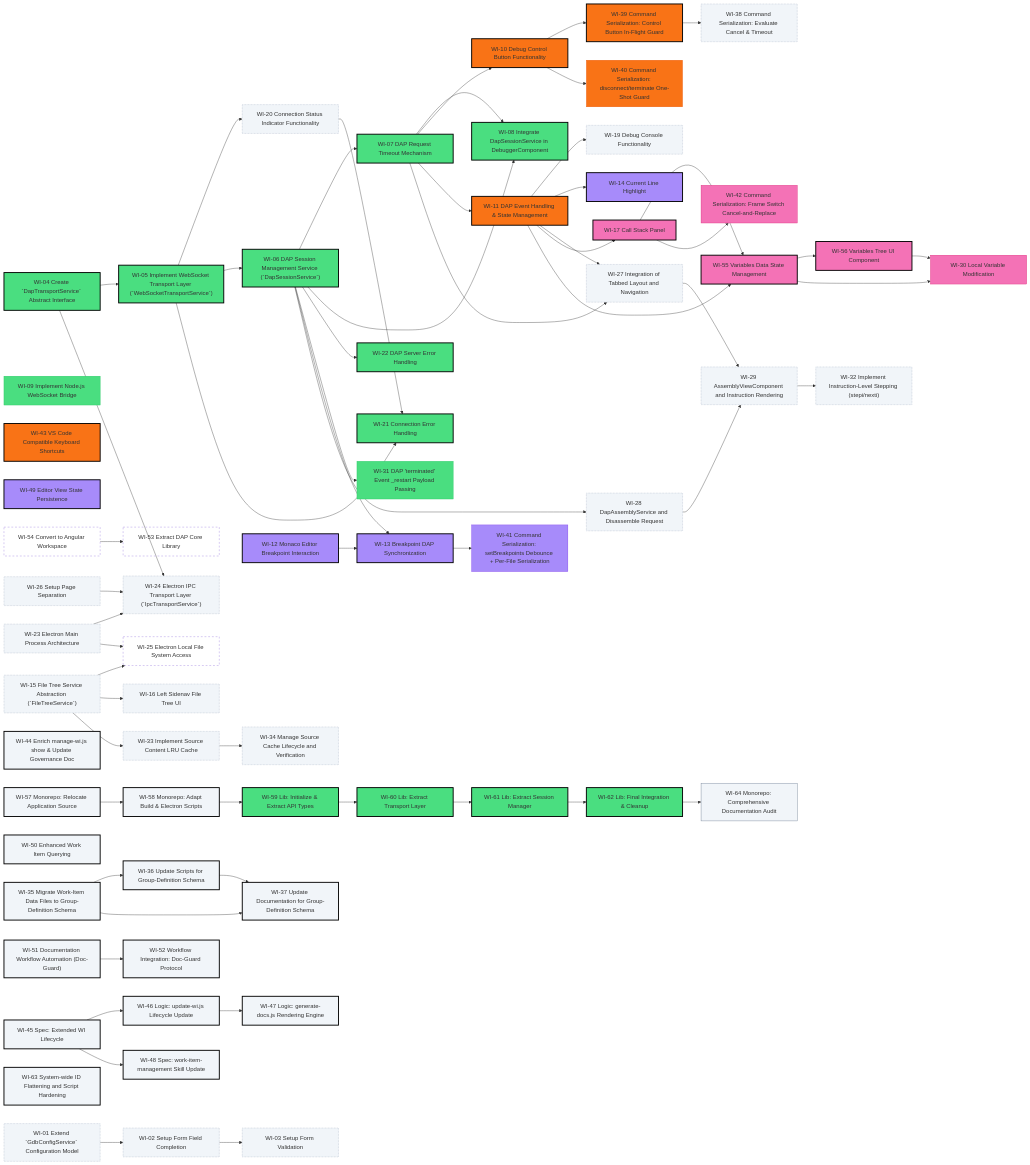
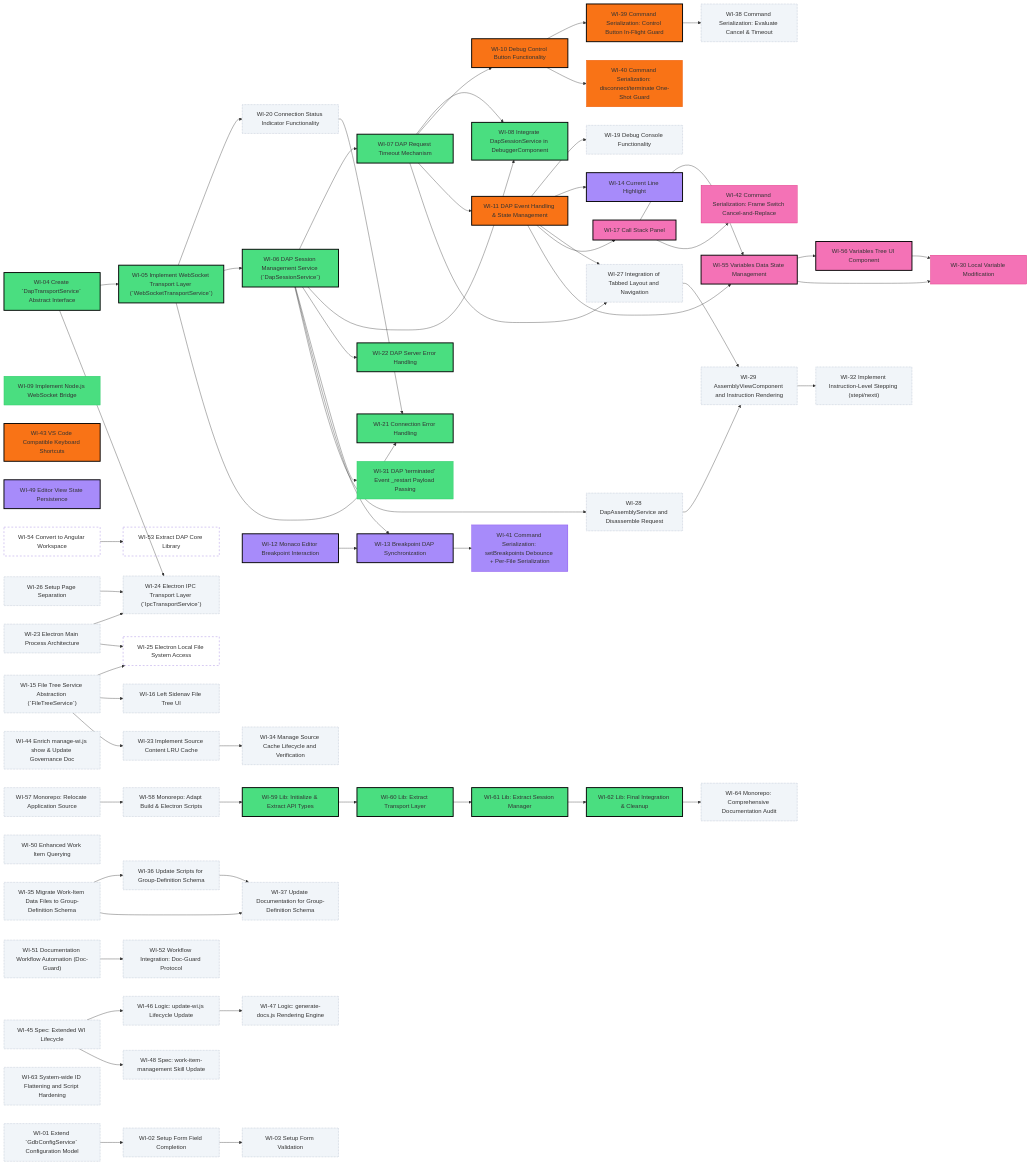
One commit to tangpo387-arch/taro-debugger changed the diagram in docs/project-roadmap.md. Above: the diagram before and after it, drawn with Mermaid. The commit also changed other lines of this file and 15 other files, not shown here.

Commit message:
Complete documentation audit by updating architecture specs, standardizing agent skill frontmatter, and improving doc-guard validation logic.

```diff
--- a/docs/project-roadmap.md
+++ b/docs/project-roadmap.md
@@ -165,22 +165,22 @@
     style WI_16 fill:#f1f5f9,stroke:#94a3b8,stroke-width:1px,stroke-dasharray:2
     style WI_33 fill:#f1f5f9,stroke:#94a3b8,stroke-width:1px,stroke-dasharray:2
     style WI_34 fill:#f1f5f9,stroke:#94a3b8,stroke-width:1px,stroke-dasharray:2
-    style WI_35 fill:#f1f5f9,stroke:#000,stroke-width:2.5px
-    style WI_36 fill:#f1f5f9,stroke:#000,stroke-width:2.5px
-    style WI_37 fill:#f1f5f9,stroke:#000,stroke-width:2.5px
-    style WI_44 fill:#f1f5f9,stroke:#000,stroke-width:2.5px
-    style WI_45 fill:#f1f5f9,stroke:#000,stroke-width:2.5px
-    style WI_46 fill:#f1f5f9,stroke:#000,stroke-width:2.5px
-    style WI_47 fill:#f1f5f9,stroke:#000,stroke-width:2.5px
-    style WI_48 fill:#f1f5f9,stroke:#000,stroke-width:2.5px
-    style WI_50 fill:#f1f5f9,stroke:#000,stroke-width:2.5px
-    style WI_51 fill:#f1f5f9,stroke:#000,stroke-width:2.5px
-    style WI_52 fill:#f1f5f9,stroke:#000,stroke-width:2.5px
+    style WI_35 fill:#f1f5f9,stroke:#94a3b8,stroke-width:1px,stroke-dasharray:2
+    style WI_36 fill:#f1f5f9,stroke:#94a3b8,stroke-width:1px,stroke-dasharray:2
+    style WI_37 fill:#f1f5f9,stroke:#94a3b8,stroke-width:1px,stroke-dasharray:2
+    style WI_44 fill:#f1f5f9,stroke:#94a3b8,stroke-width:1px,stroke-dasharray:2
+    style WI_45 fill:#f1f5f9,stroke:#94a3b8,stroke-width:1px,stroke-dasharray:2
+    style WI_46 fill:#f1f5f9,stroke:#94a3b8,stroke-width:1px,stroke-dasharray:2
+    style WI_47 fill:#f1f5f9,stroke:#94a3b8,stroke-width:1px,stroke-dasharray:2
+    style WI_48 fill:#f1f5f9,stroke:#94a3b8,stroke-width:1px,stroke-dasharray:2
+    style WI_50 fill:#f1f5f9,stroke:#94a3b8,stroke-width:1px,stroke-dasharray:2
+    style WI_51 fill:#f1f5f9,stroke:#94a3b8,stroke-width:1px,stroke-dasharray:2
+    style WI_52 fill:#f1f5f9,stroke:#94a3b8,stroke-width:1px,stroke-dasharray:2
     style WI_54 fill:none,stroke-dasharray:5
-    style WI_57 fill:#f1f5f9,stroke:#000,stroke-width:2.5px
-    style WI_58 fill:#f1f5f9,stroke:#000,stroke-width:2.5px
-    style WI_63 fill:#f1f5f9,stroke:#000,stroke-width:2.5px
-    style WI_64 fill:#f1f5f9,stroke:#64748b
+    style WI_57 fill:#f1f5f9,stroke:#94a3b8,stroke-width:1px,stroke-dasharray:2
+    style WI_58 fill:#f1f5f9,stroke:#94a3b8,stroke-width:1px,stroke-dasharray:2
+    style WI_63 fill:#f1f5f9,stroke:#94a3b8,stroke-width:1px,stroke-dasharray:2
+    style WI_64 fill:#f1f5f9,stroke:#94a3b8,stroke-width:1px,stroke-dasharray:2
     style WI_27 fill:#f1f5f9,stroke:#94a3b8,stroke-width:1px,stroke-dasharray:2
     style WI_28 fill:#f1f5f9,stroke:#94a3b8,stroke-width:1px,stroke-dasharray:2
     style WI_29 fill:#f1f5f9,stroke:#94a3b8,stroke-width:1px,stroke-dasharray:2
```
